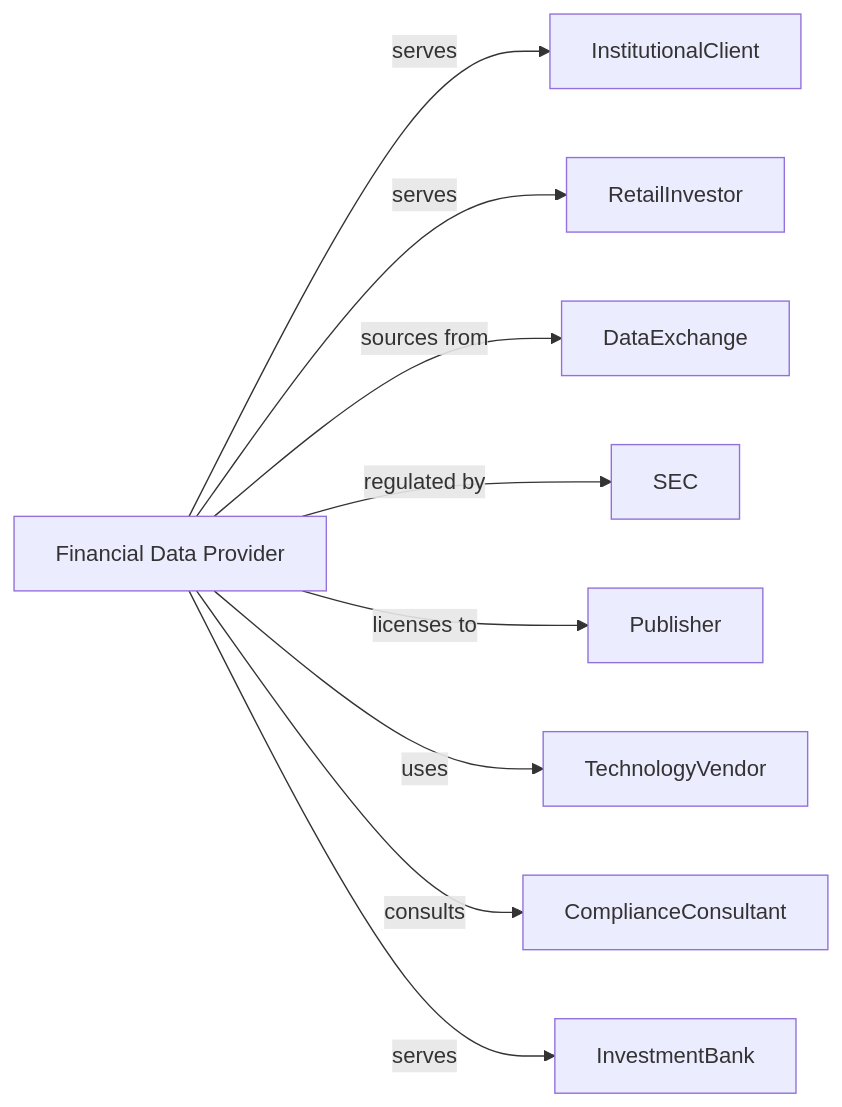
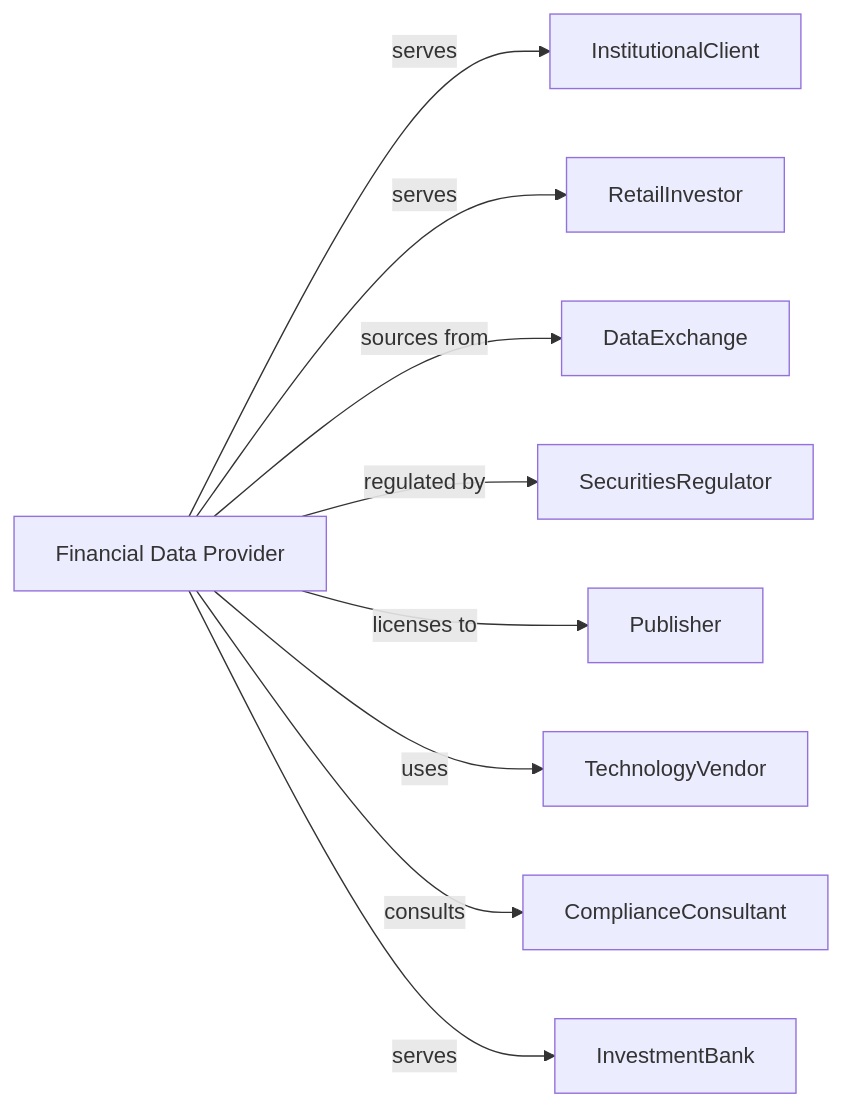
Before and after one commit to dot-org-ai/industries.org.ai: the second of 2 diagrams in Finance/SecuritiesCommodityContractsAndOtherFinancialInvestmentsAndRelatedActivities/OtherFinancialInvestmentActivities/MiscellaneousFinancialInvestmentActivities.mdx, drawn with Mermaid. The commit also changed other lines of this file and 639 other files, not shown here.

````diff
--- a/Finance/SecuritiesCommodityContractsAndOtherFinancialInvestmentsAndRelatedActivities/OtherFinancialInvestmentActivities/MiscellaneousFinancialInvestmentActivities.mdx
+++ b/Finance/SecuritiesCommodityContractsAndOtherFinancialInvestmentsAndRelatedActivities/OtherFinancialInvestmentActivities/MiscellaneousFinancialInvestmentActivities.mdx
@@ -124,13 +124,13 @@
 ```mermaid
 graph LR
     FDP[Financial Data Provider]
 
     FDP -->|serves| InstitutionalClient
     FDP -->|serves| RetailInvestor
     FDP -->|sources from| DataExchange
-    FDP -->|regulated by| SEC
+    FDP -->|regulated by| SecuritiesRegulator
     FDP -->|licenses to| Publisher
     FDP -->|uses| TechnologyVendor
     FDP -->|consults| ComplianceConsultant
     FDP -->|serves| InvestmentBank
 ```
````
